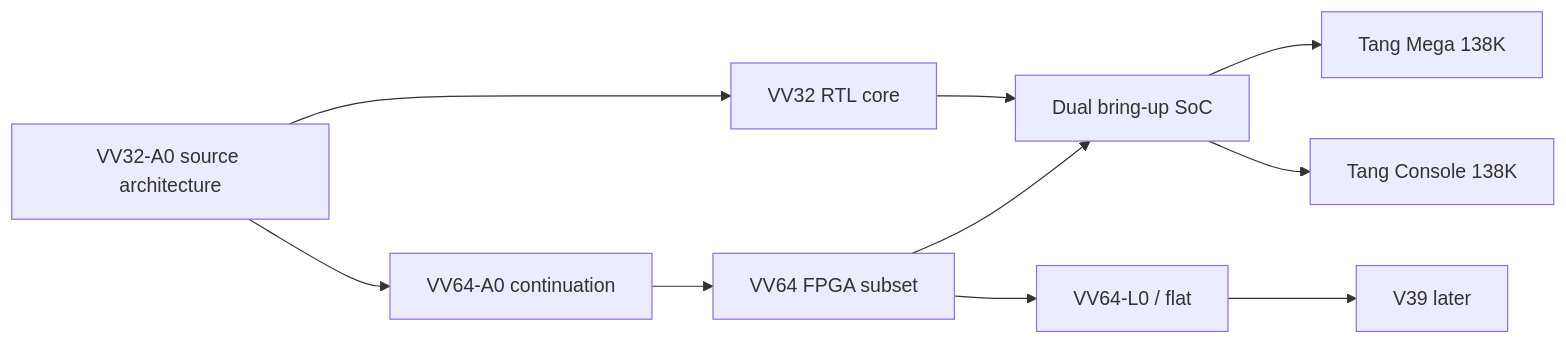
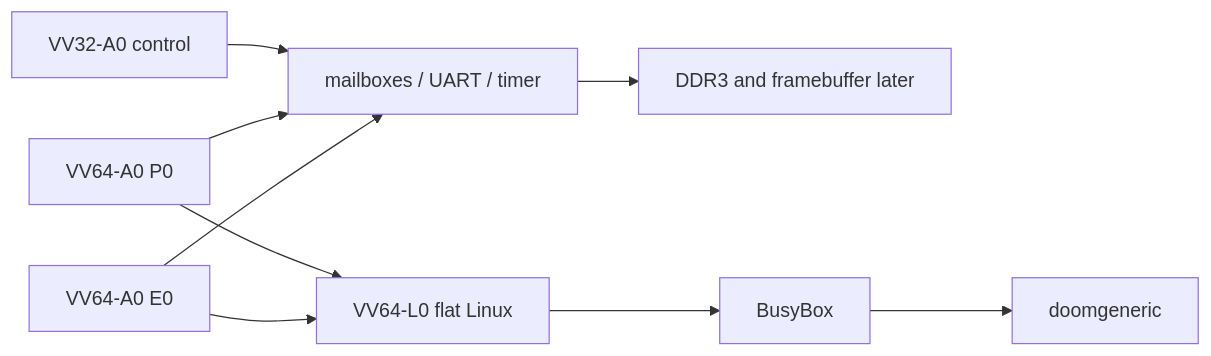
The diagram in README.md (urotsuki-san/VICTORY-V), drawn with Mermaid before and after one commit. The commit also changed other lines of this file and 27 other files, not shown here.

````diff
--- a/README.md
+++ b/README.md
@@ -61,12 +60,11 @@
 ```mermaid
 flowchart LR
-    A[VV32-A0 source architecture] --> B[VV32 RTL core]
-    A --> C[VV64-A0 continuation]
-    C --> D[VV64 FPGA subset]
-    B --> S[Dual bring-up SoC]
-    D --> S
-    S --> M[Tang Mega 138K]
-    S --> N[Tang Console 138K]
-    D --> F[VV64-L0 / flat]
-    F --> P[V39 later]
+    V32[VV32-A0 control] --> M[mailboxes / UART / timer]
+    P[VV64-A0 P0] --> M
+    E[VV64-A0 E0] --> M
+    M --> D[DDR3 and framebuffer later]
+    P --> L[VV64-L0 flat Linux]
+    E --> L
+    L --> B[BusyBox]
+    B --> G[doomgeneric]
 ```
````
